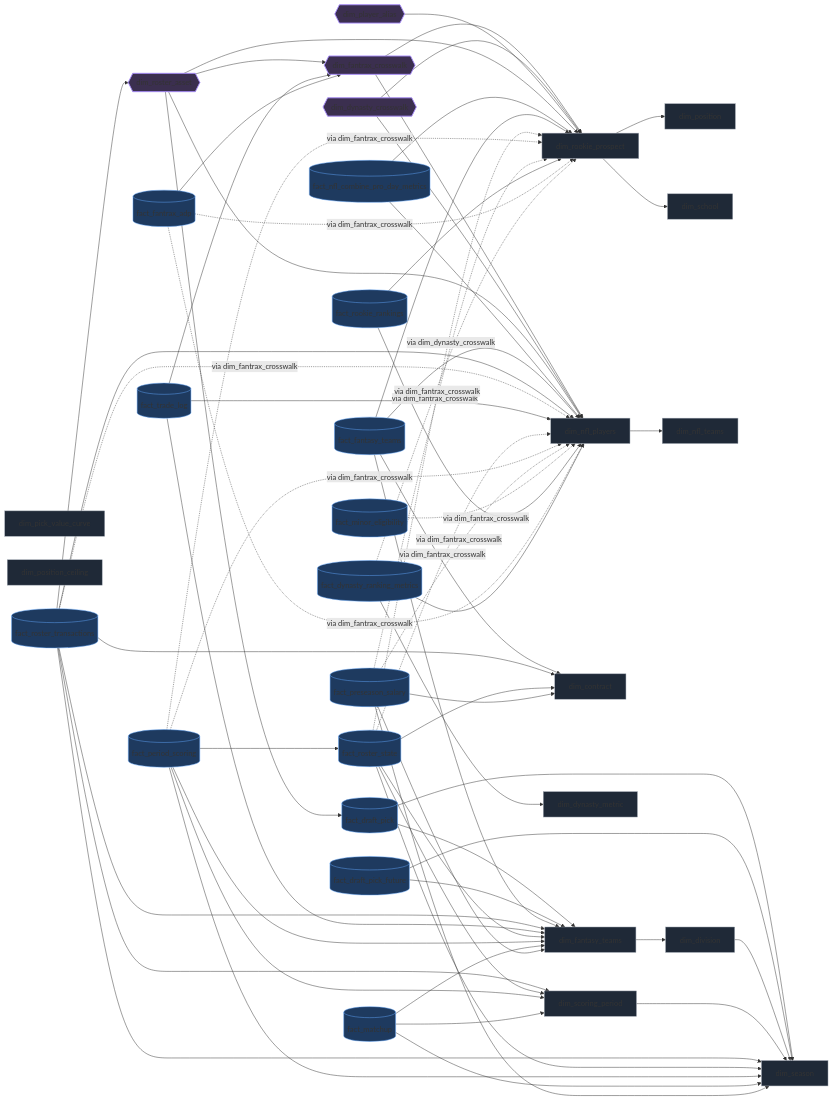
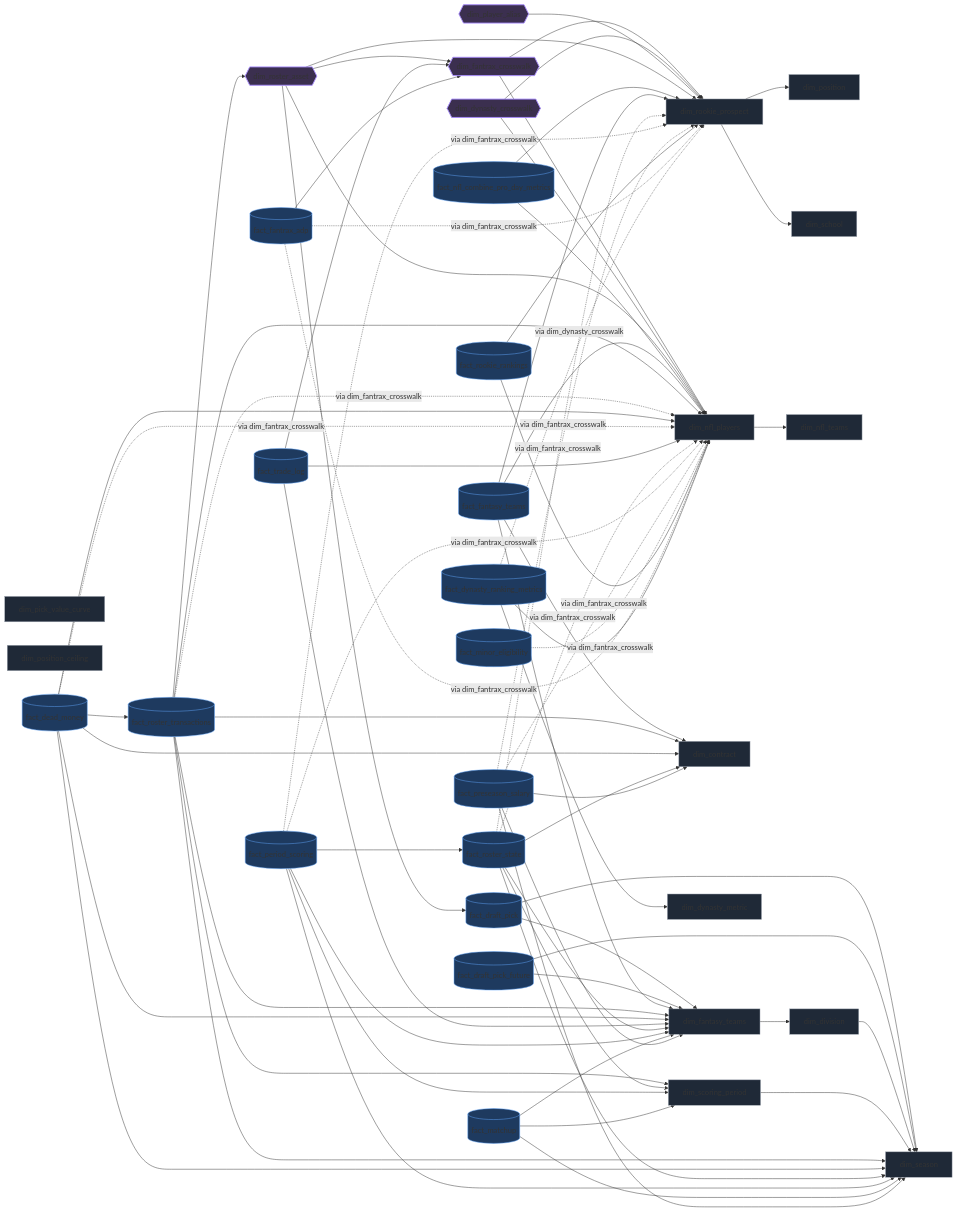
One commit to benjamininja/Python-PowerBI-DynastyFantasyFootball changed the diagram in docs/DATA_MODEL.md. Above: the diagram before and after it, drawn with Mermaid. The commit also changed 25 other files, not shown here.

First line of the commit message:
feat: #96 dead money — fact_dead_money from the ledger's drops, read by capmath (ADR-0016)

```diff
--- a/docs/DATA_MODEL.md
+++ b/docs/DATA_MODEL.md
@@ -32,6 +32,7 @@
     fact_nfl_combine_pro_day_metrics[(fact_nfl_combine_pro_day_metrics)]
     fact_fantasy_teams[(fact_fantasy_teams)]
     fact_roster_transactions[(fact_roster_transactions)]
+    fact_dead_money[(fact_dead_money)]
     fact_trade_log[(fact_trade_log)]
     fact_roster_state[(fact_roster_state)]
     fact_period_scoring[(fact_period_scoring)]
@@ -73,6 +74,12 @@
     fact_roster_transactions --> dim_contract
     fact_roster_transactions --> dim_nfl_players
     fact_roster_transactions -.via dim_fantrax_crosswalk.-> dim_nfl_players
+    fact_dead_money --> fact_roster_transactions
+    fact_dead_money --> dim_fantasy_teams
+    fact_dead_money --> dim_season
+    fact_dead_money --> dim_contract
+    fact_dead_money --> dim_nfl_players
+    fact_dead_money -.via dim_fantrax_crosswalk.-> dim_nfl_players
     fact_trade_log --> dim_fantasy_teams
     fact_trade_log --> dim_fantrax_crosswalk
     fact_trade_log --> dim_nfl_players
@@ -131,6 +138,7 @@
     class fact_nfl_combine_pro_day_metrics fact;
     class fact_fantasy_teams fact;
     class fact_roster_transactions fact;
+    class fact_dead_money fact;
     class fact_trade_log fact;
     class fact_roster_state fact;
     class fact_period_scoring fact;
```
